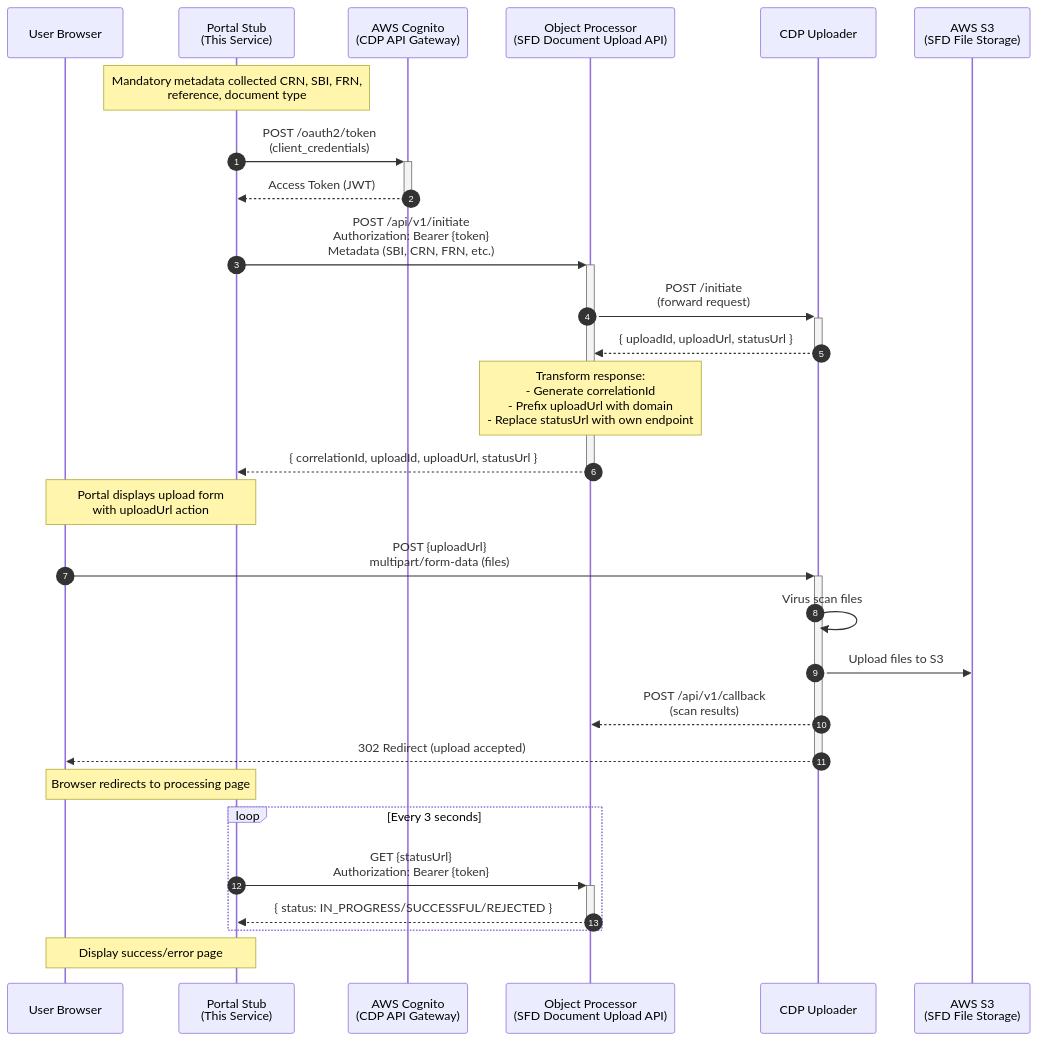
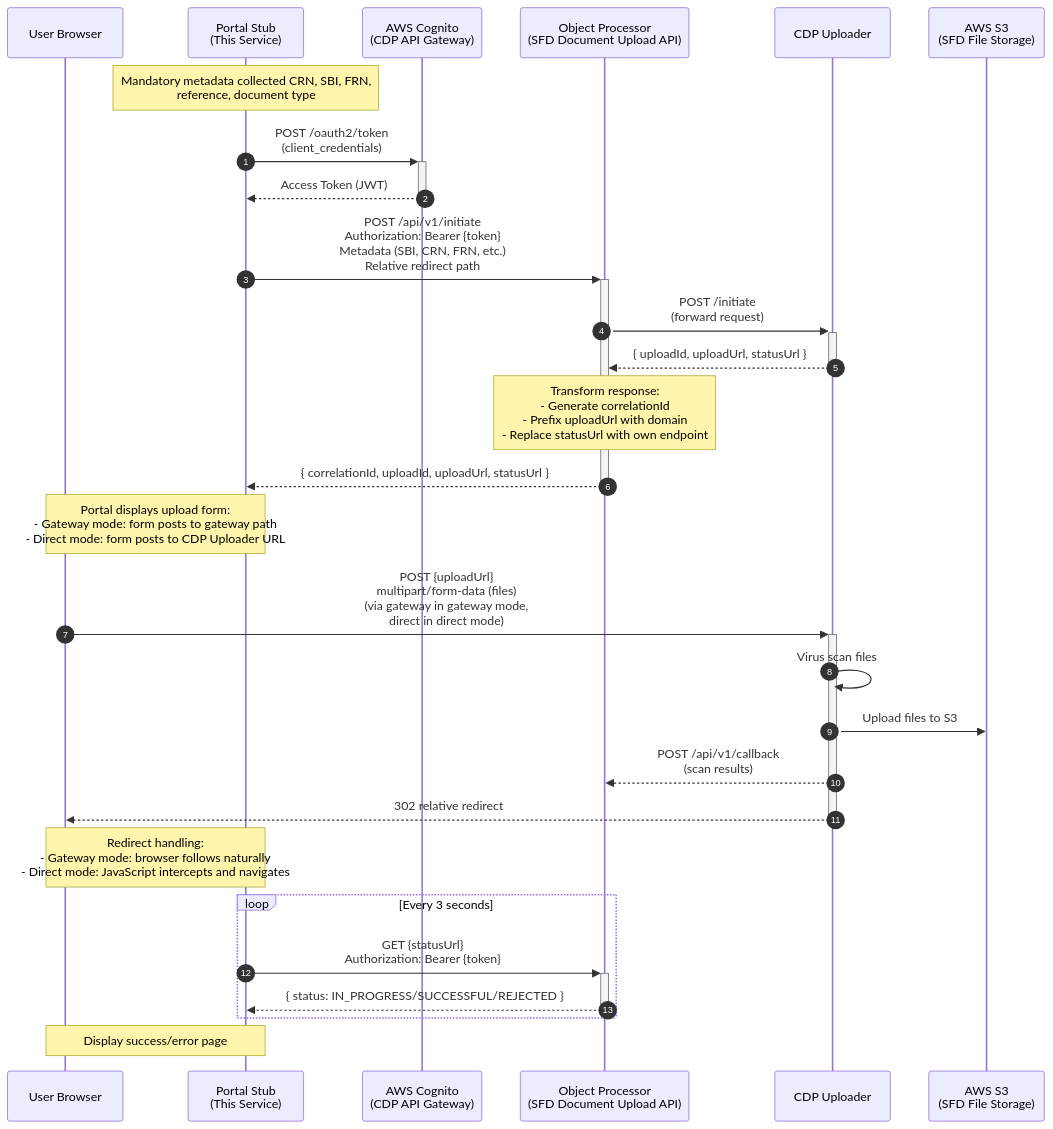
Before and after one commit to DEFRA/fcp-sfd-portal-stub: the first of 3 diagrams in README.md, drawn with Mermaid. The commit also changed other lines of this file and 18 other files, not shown here.

````diff
--- a/README.md
+++ b/README.md
@@ -24,38 +24,38 @@
 ```mermaid
 sequenceDiagram
     autonumber
     participant User as User Browser
     participant Portal as Portal Stub<br/>(This Service)
     participant Cognito as AWS Cognito<br/>(CDP API Gateway)
     participant Processor as Object Processor<br/>(SFD Document Upload API)
     participant Uploader as CDP Uploader
     participant S3 as AWS S3<br/>(SFD File Storage)
 
     Note over Portal: Mandatory metadata collected CRN, SBI, FRN,<br/>reference, document type
     
     Portal->>+Cognito: POST /oauth2/token<br/>(client_credentials)
     Cognito-->>-Portal: Access Token (JWT)
     
-    Portal->>+Processor: POST /api/v1/initiate<br/>Authorization: Bearer {token}<br/>Metadata (SBI, CRN, FRN, etc.)
+    Portal->>+Processor: POST /api/v1/initiate<br/>Authorization: Bearer {token}<br/>Metadata (SBI, CRN, FRN, etc.)<br/>Relative redirect path
     Processor->>+Uploader: POST /initiate<br/>(forward request)
     Uploader-->>-Processor: { uploadId, uploadUrl, statusUrl }
     Note over Processor: Transform response:<br/>- Generate correlationId<br/>- Prefix uploadUrl with domain<br/>- Replace statusUrl with own endpoint
     Processor-->>-Portal: { correlationId, uploadId, uploadUrl, statusUrl }
     
-    Note over Portal,User: Portal displays upload form<br/>with uploadUrl action
-    
-    User->>+Uploader: POST {uploadUrl}<br/>multipart/form-data (files)
+    Note over Portal,User: Portal displays upload form:<br/>- Gateway mode: form posts to gateway path<br/>- Direct mode: form posts to CDP Uploader URL
+
+    User->>+Uploader: POST {uploadUrl}<br/>multipart/form-data (files)<br/>(via gateway in gateway mode,<br/>direct in direct mode)
     Uploader->>Uploader: Virus scan files
     Uploader->>S3: Upload files to S3
     Uploader-->>Processor: POST /api/v1/callback<br/>(scan results)
-    Uploader-->>-User: 302 Redirect (upload accepted)
+    Uploader-->>-User: 302 relative redirect
     
-    Note over User,Portal: Browser redirects to processing page
+    Note over User,Portal: Redirect handling:<br/>- Gateway mode: browser follows naturally<br/>- Direct mode: JavaScript intercepts and navigates
     
     loop Every 3 seconds
         Portal->>+Processor: GET {statusUrl}<br/>Authorization: Bearer {token}
         Processor-->>-Portal: { status: IN_PROGRESS/SUCCESSFUL/REJECTED }
     end
     
     Note over Portal,User: Display success/error page
 ```
````
